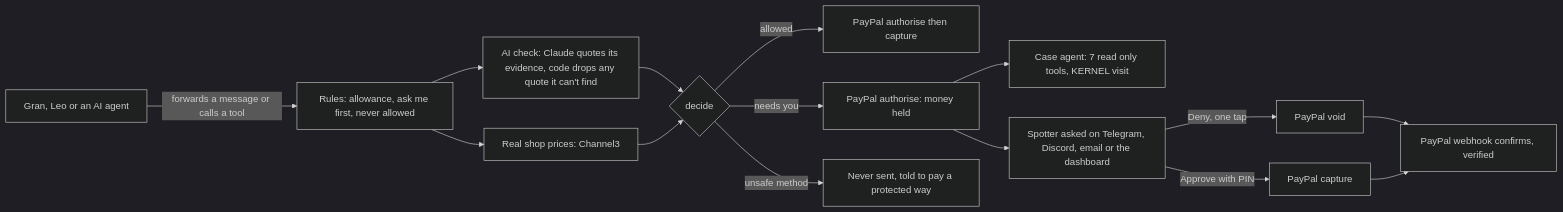
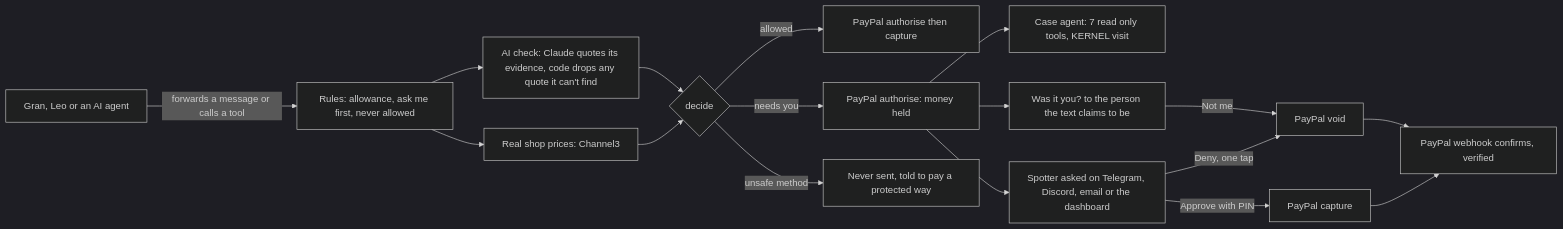
One commit to A1VARA5/spotter changed the diagram in README.md. Above: the diagram before and after it, drawn with Mermaid (dark theme). The commit also changed other lines of this file and 8 other files, not shown here.

Commit message:
readme: lead with Was it you, how I thought about it, one section and clip per sponsor, live timings, 1,640 tests

````diff
--- a/README.md
+++ b/README.md
@@ -81,17 +220,19 @@
 ```mermaid
 flowchart LR
   A[Gran, Leo or an AI agent] -->|forwards a message or calls a tool| R[Rules: allowance, ask me first, never allowed]
   R --> C[AI check: Claude quotes its evidence, code drops any quote it can't find]
   R --> M[Real shop prices: Channel3]
   C --> D{decide}
   M --> D
   D -->|allowed| CAP[PayPal authorise then capture]
   D -->|needs you| H[PayPal authorise: money held]
   D -->|unsafe method| N[Never sent, told to pay a protected way]
   H --> CASE[Case agent: 7 read only tools, KERNEL visit]
+  H --> W2[Was it you? to the person the text claims to be]
   H --> S[Spotter asked on Telegram, Discord, email or the dashboard]
   S -->|Deny, one tap| V[PayPal void]
+  W2 -->|Not me| V
   S -->|Approve with PIN| CAP2[PayPal capture]
   V --> W[PayPal webhook confirms, verified]
   CAP2 --> W
 ```
````
